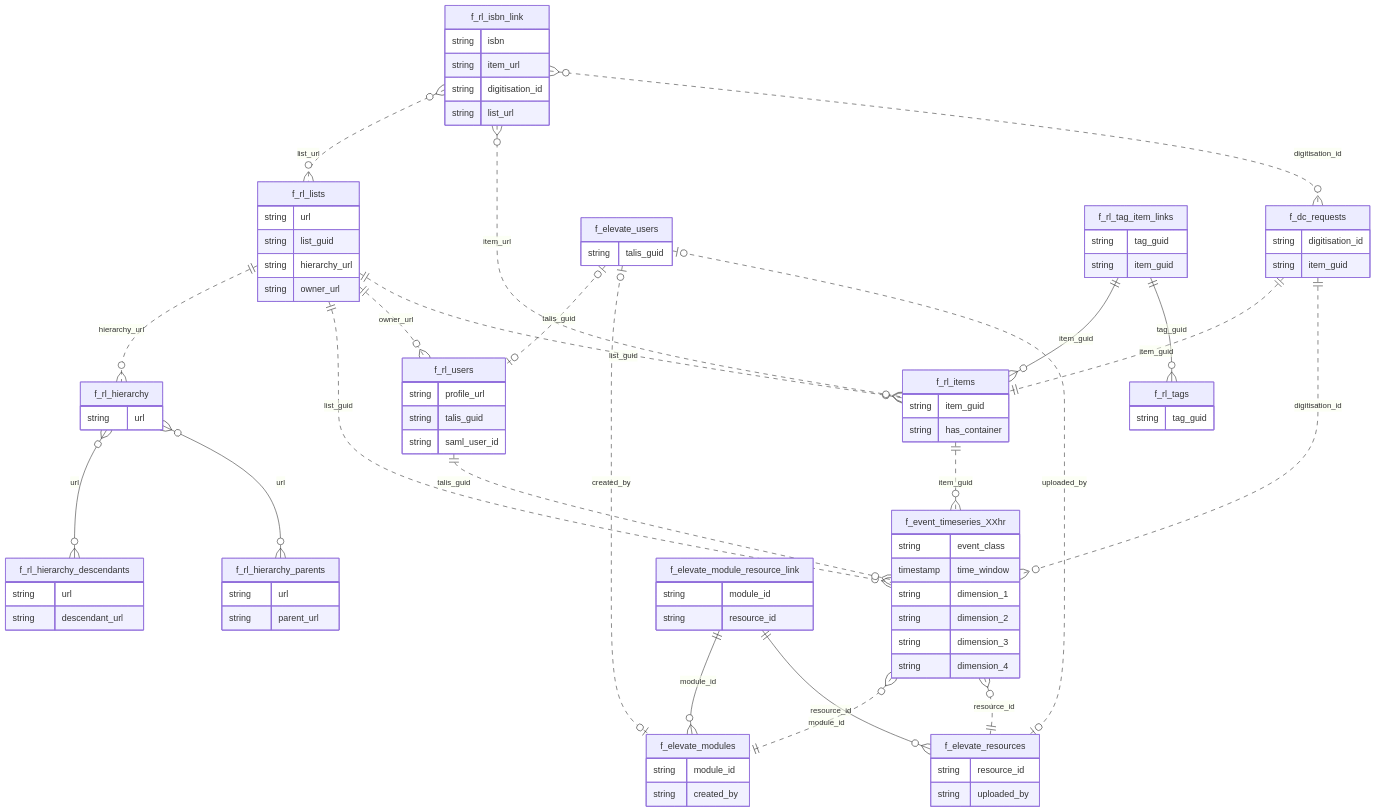
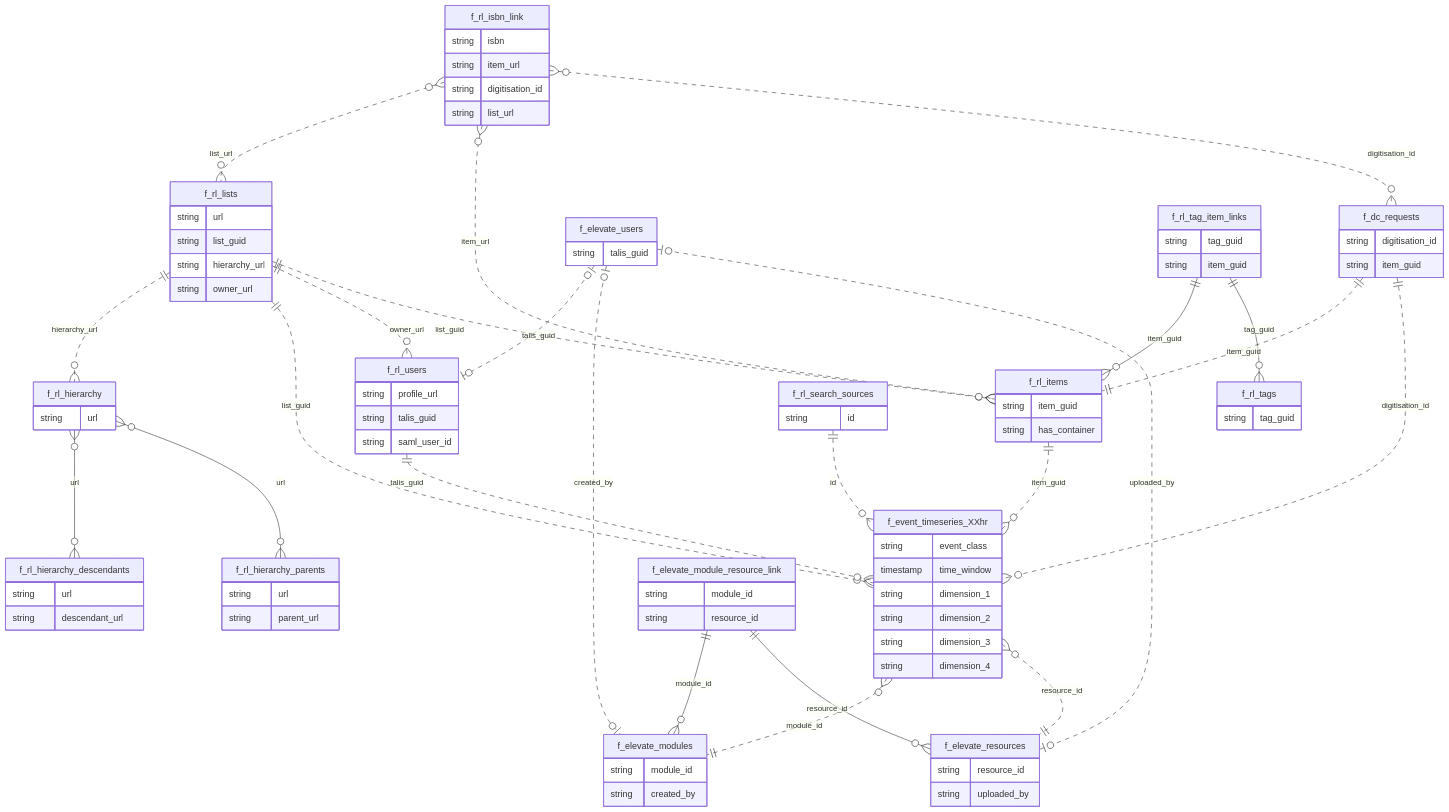
One commit to talis/advanced-mis changed the diagram in topics/entity-relationships.md. Above: the diagram before and after it, drawn with Mermaid. The commit also changed 2 other files, not shown here.

Commit message:
search sources table docs

```diff
--- a/topics/entity-relationships.md
+++ b/topics/entity-relationships.md
@@ -130,4 +130,9 @@
     }
     f_rl_tag_item_links ||--o{ f_rl_items : item_guid
     f_rl_tag_item_links ||--o{ f_rl_tags : tag_guid
+
+    f_rl_search_sources {
+        string id
+    }
+    f_rl_search_sources ||..o{ f_event_timeseries_XXhr : id
 </div>
```
